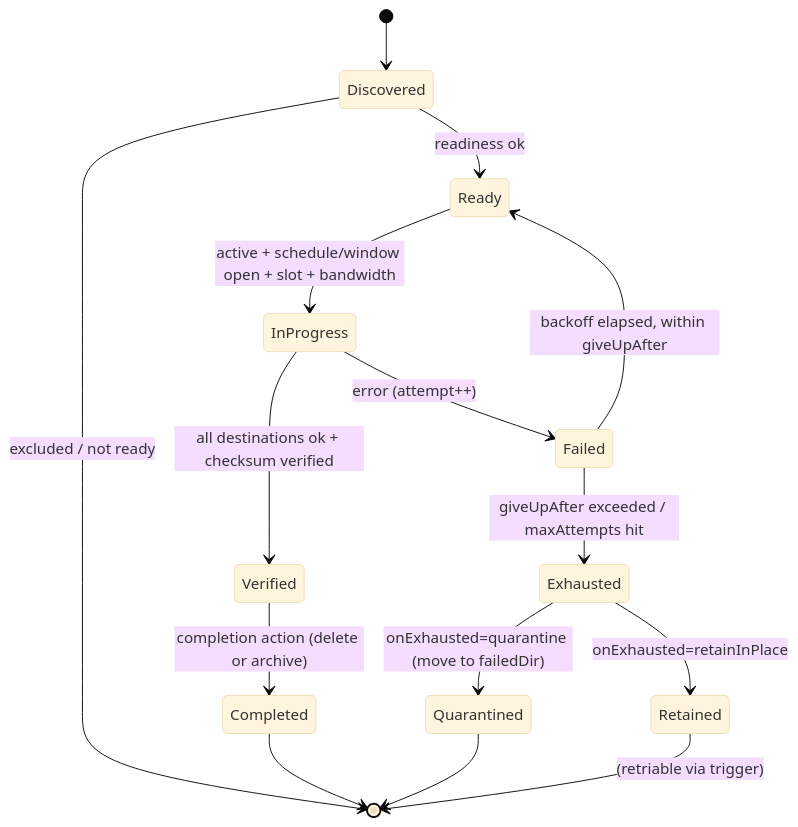
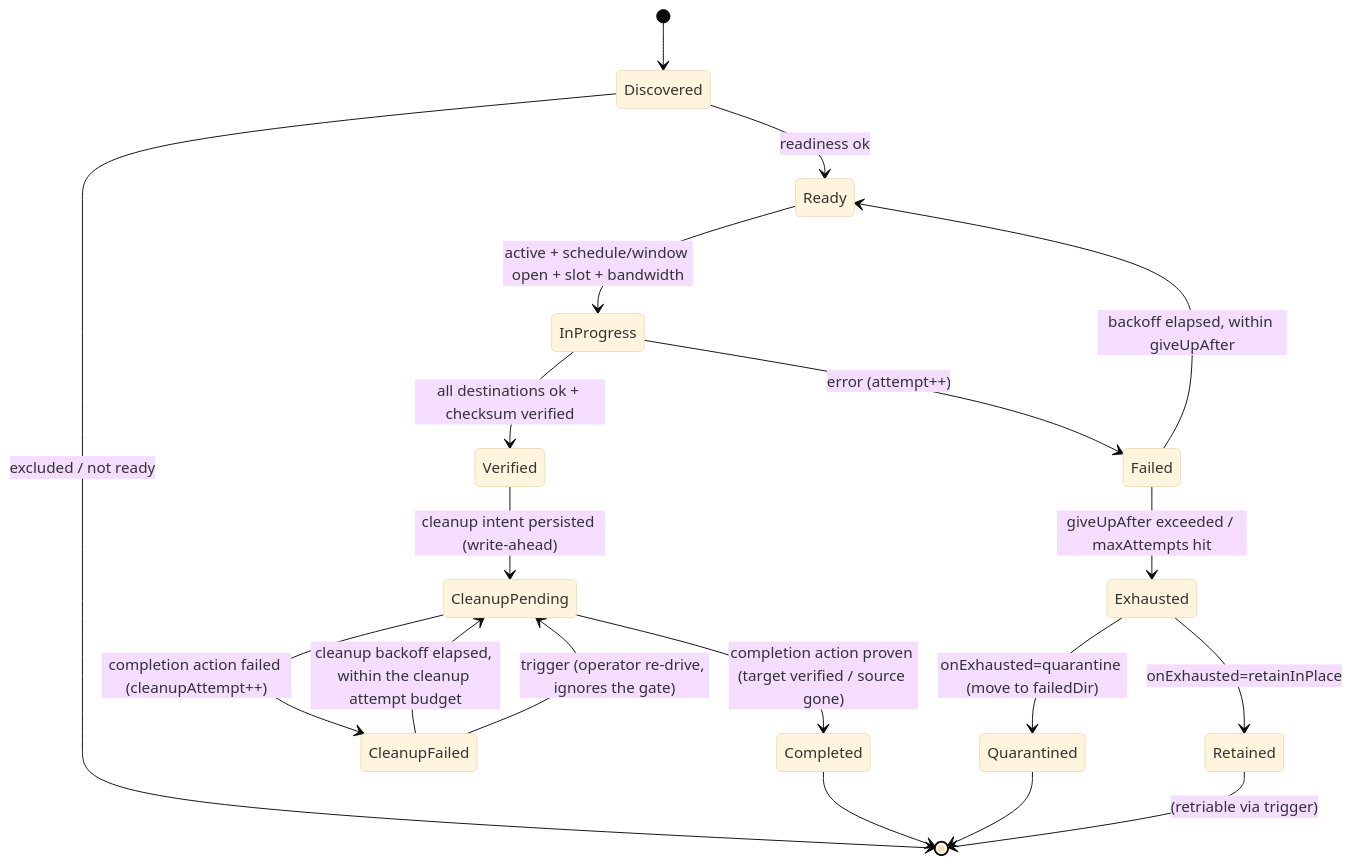
Before and after one commit to edgecommons/file-replicator: the third of 7 diagrams in DESIGN.md, drawn with Mermaid (base theme). The commit also changed other lines of this file and 20 other files, not shown here.

````diff
--- a/DESIGN.md
+++ b/DESIGN.md
@@ -505,17 +506,21 @@
 ```mermaid
 stateDiagram-v2
   [*] --> Discovered
   Discovered --> Ready: readiness ok
   Discovered --> [*]: excluded / not ready
   Ready --> InProgress: active + schedule/window open + slot + bandwidth
   InProgress --> Verified: all destinations ok + checksum verified
   InProgress --> Failed: error (attempt++)
   Failed --> Ready: backoff elapsed, within giveUpAfter
   Failed --> Exhausted: giveUpAfter exceeded / maxAttempts hit
-  Verified --> Completed: completion action (delete or archive)
+  Verified --> CleanupPending: cleanup intent persisted (write-ahead)
+  CleanupPending --> Completed: completion action proven (target verified / source gone)
+  CleanupPending --> CleanupFailed: completion action failed (cleanupAttempt++)
+  CleanupFailed --> CleanupPending: cleanup backoff elapsed, within the cleanup attempt budget
+  CleanupFailed --> CleanupPending: trigger (operator re-drive, ignores the gate)
   Exhausted --> Quarantined: onExhausted=quarantine (move to failedDir)
   Exhausted --> Retained: onExhausted=retainInPlace
   Completed --> [*]
   Quarantined --> [*]
   Retained --> [*]: (retriable via trigger)
 ```
````
